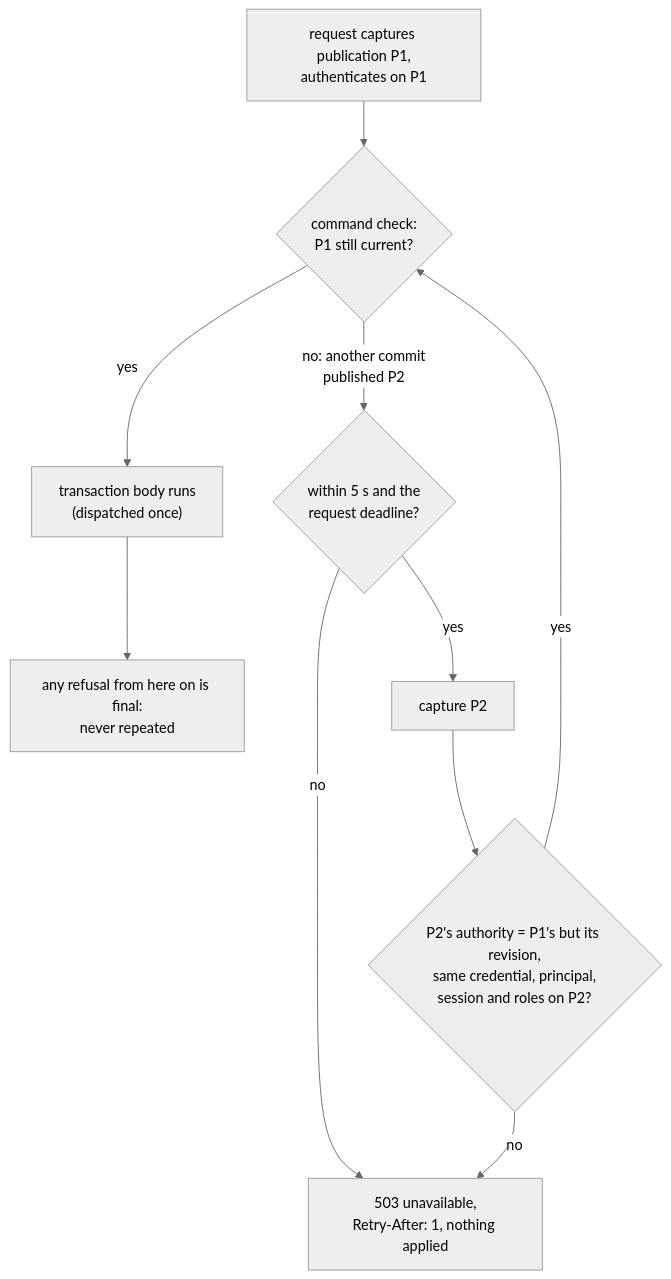
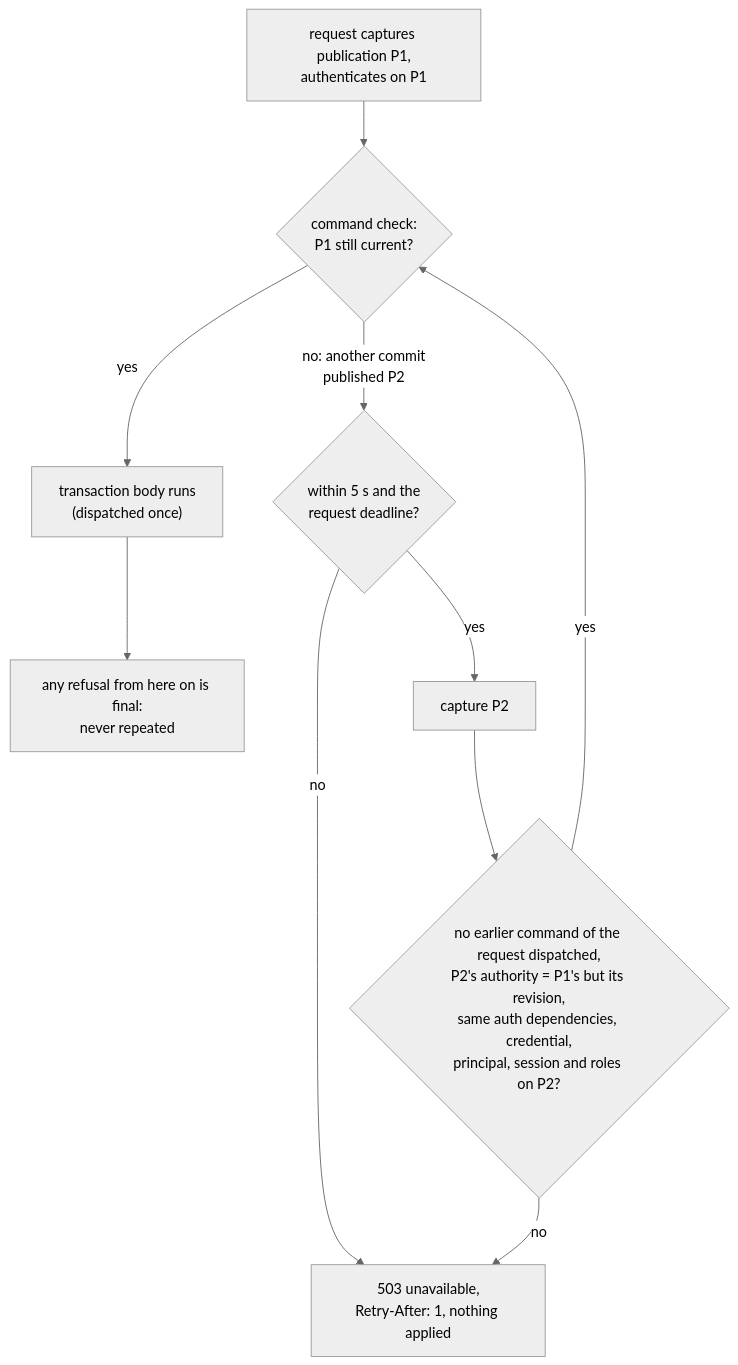
Before and after one commit to robertherbaugh/kudurru: the fourth of 21 diagrams in docs/architecture/access.md, drawn with Mermaid (neutral theme). The commit also changed other lines of this file and 5 other files, not shown here.

First line of the commit message:
fix(api): keep a request on its publication after its own first dispatch

````diff
--- a/docs/architecture/access.md
+++ b/docs/architecture/access.md
@@ -221,12 +221,12 @@
 ```mermaid
 flowchart TD
   CAP["request captures publication P1,<br/>authenticates on P1"] --> CHK{"command check:<br/>P1 still current?"}
   CHK -- "yes" --> BODY["transaction body runs<br/>(dispatched once)"]
   CHK -- "no: another commit<br/>published P2" --> WAIT{"within 5 s and the<br/>request deadline?"}
   WAIT -- "no" --> R503["503 unavailable,<br/>Retry-After: 1, nothing applied"]
   WAIT -- "yes" --> NEW["capture P2"]
-  NEW --> SAME{"P2's authority = P1's but its revision,<br/>same credential, principal,<br/>session and roles on P2?"}
+  NEW --> SAME{"no earlier command of the request dispatched,<br/>P2's authority = P1's but its revision,<br/>same auth dependencies, credential,<br/>principal, session and roles on P2?"}
   SAME -- "no" --> R503
   SAME -- "yes" --> CHK
   BODY --> FINAL["any refusal from here on is final:<br/>never repeated"]
 ```
````
